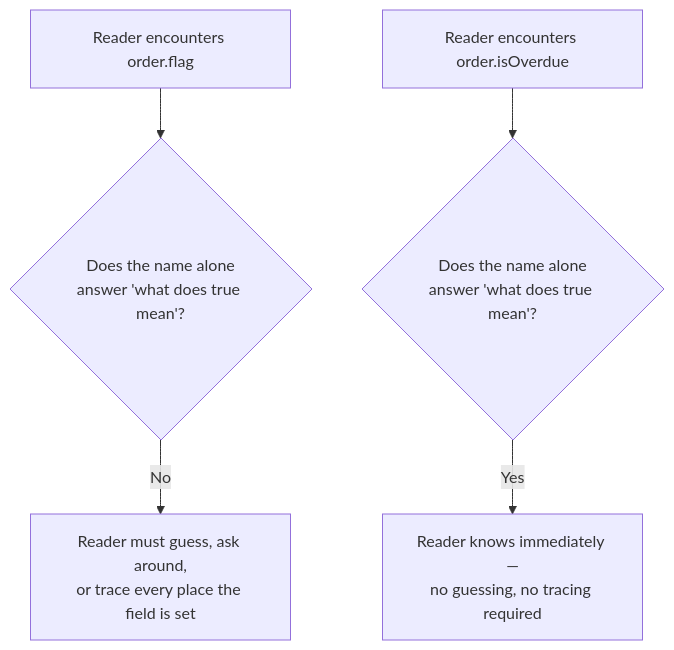
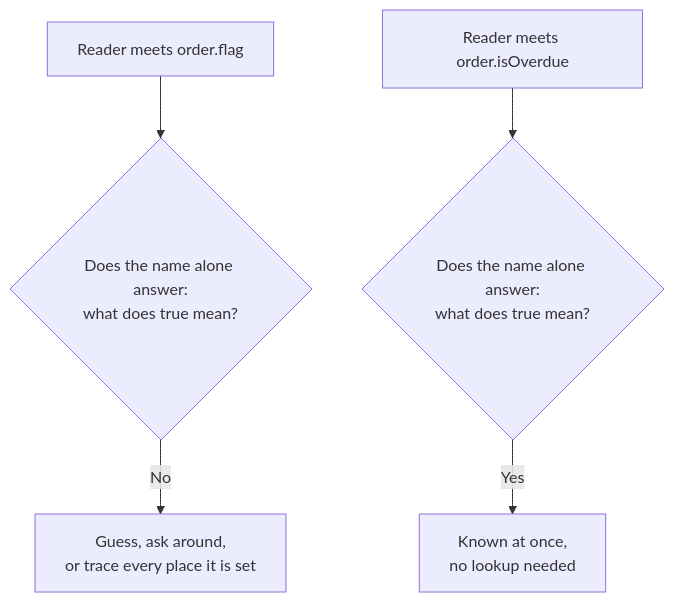
Before and after one commit to francoandreDev/knowledge: the first of 2 diagrams in src/content/software-design/naming/L2-concept.mdx, drawn with Mermaid. The commit also changed other lines of this file and 20 other files, not shown here.

````diff
--- a/src/content/software-design/naming/L2-concept.mdx
+++ b/src/content/software-design/naming/L2-concept.mdx
@@ -28,7 +32,7 @@
 ```mermaid
 flowchart TD
-    A["Reader encounters order.flag"] --> B{"Does the name alone\nanswer 'what does true mean'?"}
-    B -- "No" --> C["Reader must guess, ask around,\nor trace every place the field is set"]
-    D["Reader encounters order.isOverdue"] --> E{"Does the name alone\nanswer 'what does true mean'?"}
-    E -- "Yes" --> F["Reader knows immediately —\nno guessing, no tracing required"]
+    A["Reader meets order.flag"] --> B{"Does the name alone answer:\nwhat does true mean?"}
+    B -- "No" --> C["Guess, ask around,\nor trace every place it is set"]
+    D["Reader meets order.isOverdue"] --> E{"Does the name alone answer:\nwhat does true mean?"}
+    E -- "Yes" --> F["Known at once,\nno lookup needed"]
 ```
````
